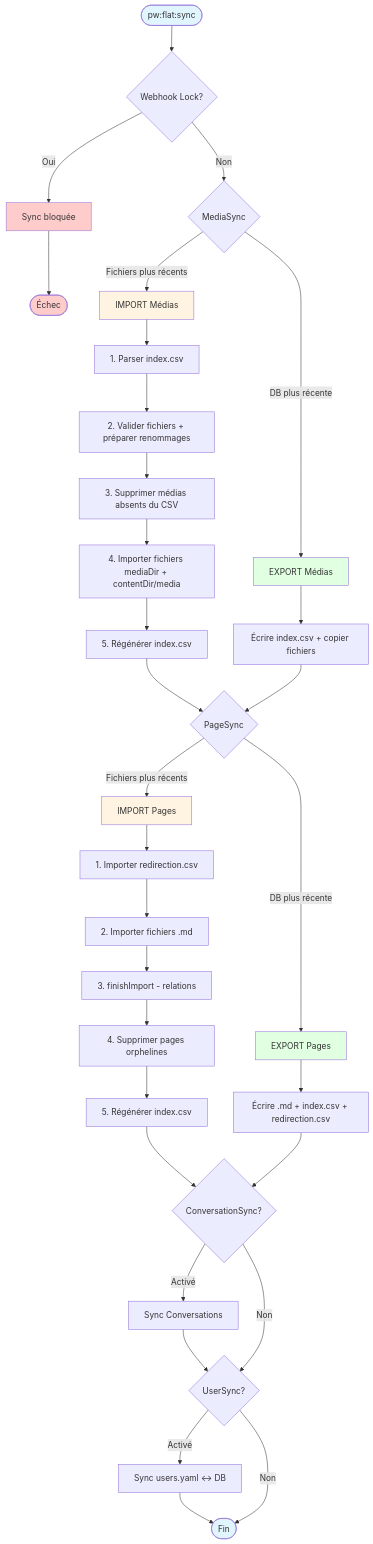
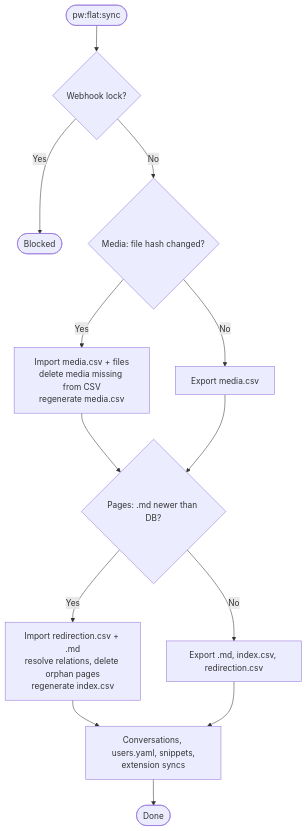
One commit to Pushword/Pushword changed the diagram in packages/flat/README.md. Above: the diagram before and after it, drawn with Mermaid. The commit also changed other lines of this file and 2 other files, not shown here.

Commit message:
docs(flat): align with current sync, conflict and config behaviour

````diff
--- a/packages/flat/README.md
+++ b/packages/flat/README.md
@@ -32,51 +35,18 @@
 ```mermaid
 flowchart TD
-    Start([pw:flat:sync]) --> LockCheck{Webhook Lock?}
-    LockCheck -->|Oui| Blocked[Sync bloquée]
-    LockCheck -->|Non| MediaCheck{MediaSync}
+    Start([pw:flat:sync]) --> LockCheck{Webhook lock?}
+    LockCheck -->|Yes| Blocked([Blocked])
+    LockCheck -->|No| Media{Media: file hash changed?}
 
-    MediaCheck -->|Fichiers plus récents| MediaImport[IMPORT Médias]
-    MediaCheck -->|DB plus récente| MediaExport[EXPORT Médias]
+    Media -->|Yes| MediaImport[Import media.csv + files<br/>delete media missing from CSV<br/>regenerate media.csv]
+    Media -->|No| MediaExport[Export media.csv]
+    MediaImport --> Page
+    MediaExport --> Page
 
-    MediaImport --> MI1[1. Parser index.csv]
-    MI1 --> MI2[2. Valider fichiers + préparer renommages]
-    MI2 --> MI3[3. Supprimer médias absents du CSV]
-    MI3 --> MI4[4. Importer fichiers mediaDir + contentDir/media]
-    MI4 --> MI5[5. Régénérer index.csv]
-    MI5 --> PageCheck
+    Page{Pages: .md newer than DB?} -->|Yes| PageImport[Import redirection.csv + .md<br/>resolve relations, delete orphan pages<br/>regenerate index.csv]
+    Page -->|No| PageExport[Export .md, index.csv, redirection.csv]
+    PageImport --> Others
+    PageExport --> Others
 
-    MediaExport --> ME1[Écrire index.csv + copier fichiers]
-    ME1 --> PageCheck
-
-    PageCheck{PageSync} -->|Fichiers plus récents| PageImport[IMPORT Pages]
-    PageCheck -->|DB plus récente| PageExport[EXPORT Pages]
-
-    PageImport --> PI1[1. Importer redirection.csv]
-    PI1 --> PI2[2. Importer fichiers .md]
-    PI2 --> PI3[3. finishImport - relations]
-    PI3 --> PI4[4. Supprimer pages orphelines]
-    PI4 --> PI5[5. Régénérer index.csv]
-    PI5 --> ConvCheck
-
-    PageExport --> PE1[Écrire .md + index.csv + redirection.csv]
-    PE1 --> ConvCheck
-
-    ConvCheck{ConversationSync?} -->|Activé| ConvSync[Sync Conversations]
-    ConvCheck -->|Non| UserCheck
-    ConvSync --> UserCheck
-
-    UserCheck{UserSync?} -->|Activé| UserSync[Sync users.yaml ↔ DB]
-    UserCheck -->|Non| End
-    UserSync --> End([Fin])
-
-    Blocked --> EndBlocked([Échec])
-
-    style Start fill:#e1f5ff
-    style MediaImport fill:#fff4e1
-    style PageImport fill:#fff4e1
-    style MediaExport fill:#e1ffe1
-    style PageExport fill:#e1ffe1
-    style End fill:#e1f5ff
-    style Blocked fill:#ffcccc
-    style EndBlocked fill:#ffcccc
+    Others[Conversations, users.yaml, snippets,<br/>extension syncs] --> End([Done])
 ```
````
